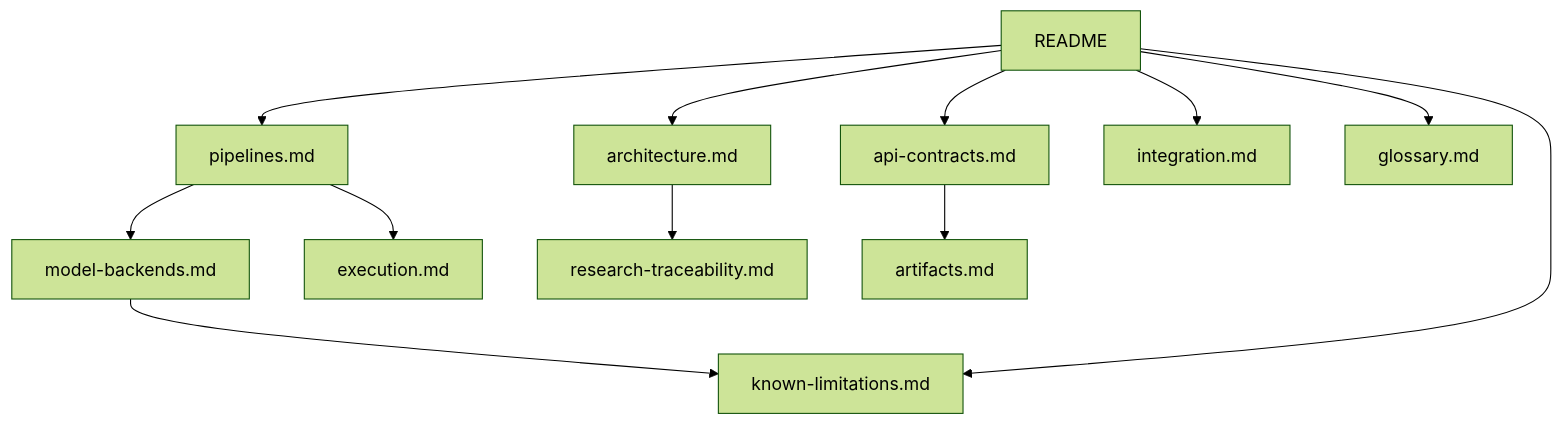
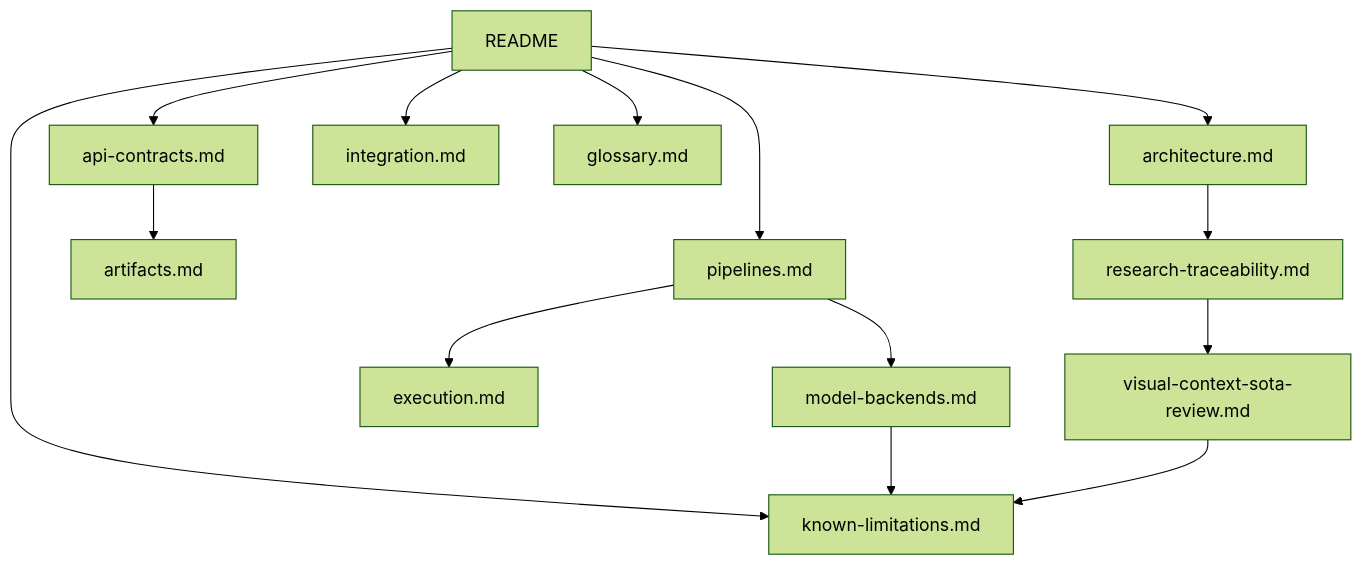
The diagram in modules/visual-perception/docs/README.md (Alexandre-Tortoza/contextual-3d-mapping), drawn with Mermaid (forest theme) before and after one commit. The commit also changed other lines of this file and 43 other files, not shown here.

````diff
--- a/modules/visual-perception/docs/README.md
+++ b/modules/visual-perception/docs/README.md
@@ -81,14 +83,16 @@
 ```mermaid
 flowchart TD
     R[README] --> P[pipelines.md]
     R --> A[architecture.md]
     R --> C[api-contracts.md]
     R --> I[integration.md]
     P --> B[model-backends.md]
     P --> E[execution.md]
     C --> T[artifacts.md]
     A --> Q[research-traceability.md]
     R --> G[glossary.md]
     R --> L[known-limitations.md]
     B --> L
+    Q --> S[visual-context-sota-review.md]
+    S --> L
 ```
````
